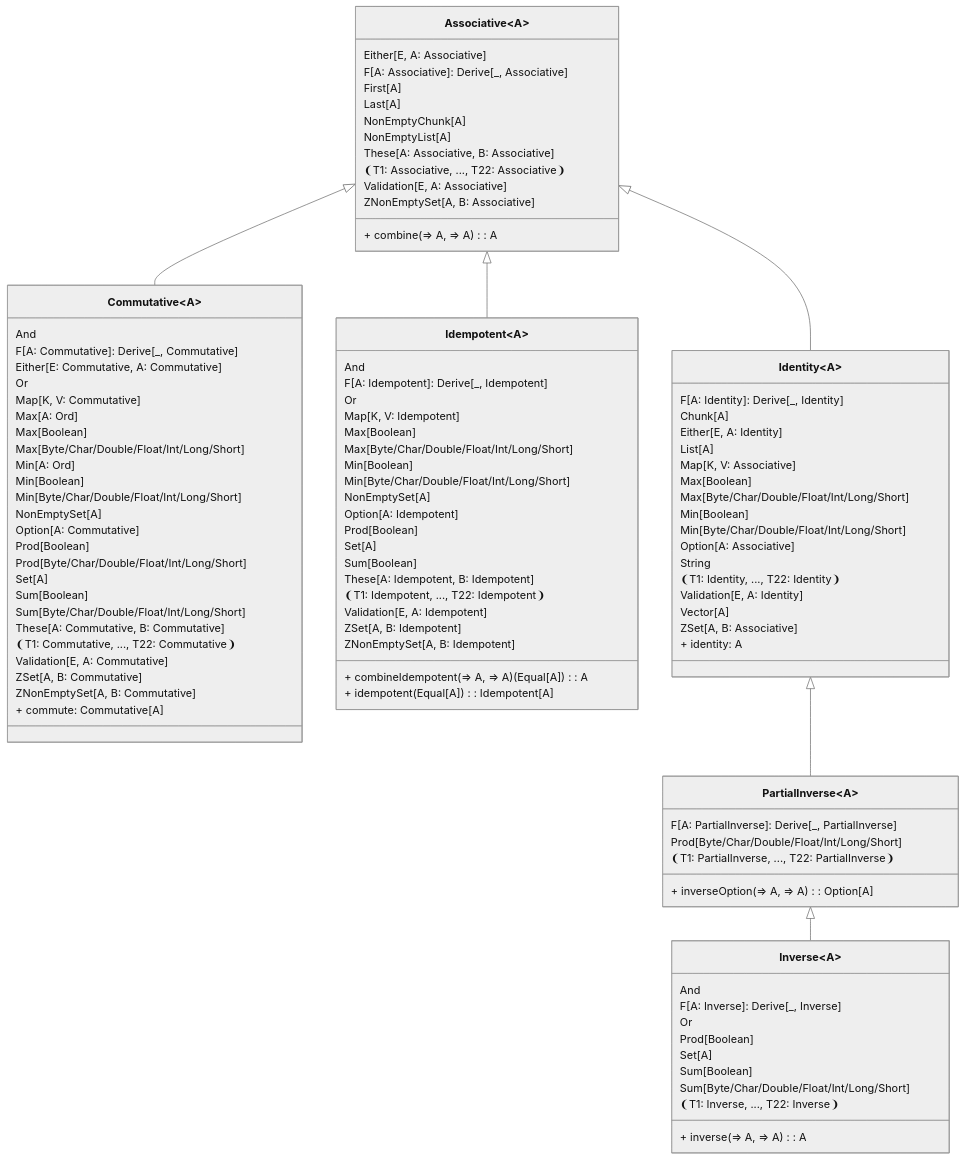
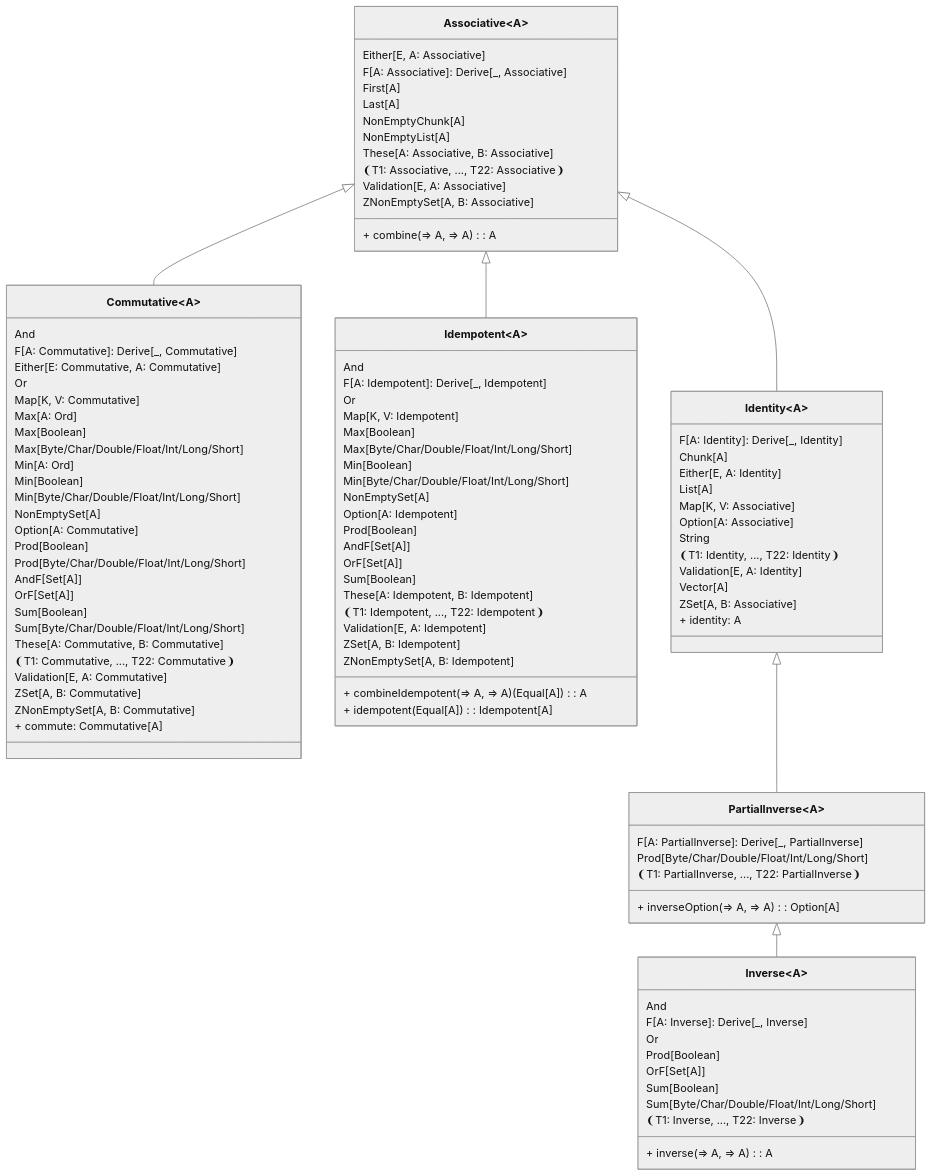
Before and after one commit to zio/zio-prelude: the second of 8 diagrams in docs/functional-abstractions/abstraction-diagrams.md, drawn with Mermaid (neutral theme). The commit also changed other lines of this file and 59 other files, not shown here.

```diff
--- a/docs/functional-abstractions/abstraction-diagrams.md
+++ b/docs/functional-abstractions/abstraction-diagrams.md
@@ -74,7 +76,8 @@
     Option[A: Commutative]
     Prod[Boolean]
     Prod[Byte/Char/Double/Float/Int/Long/Short]
-    Set[A]
+    AndF[Set[A]]
+    OrF[Set[A]]
     Sum[Boolean]
     Sum[Byte/Char/Double/Float/Int/Long/Short]
     These[A: Commutative, B: Commutative]
@@ -97,7 +100,8 @@
     NonEmptySet[A]
     Option[A: Idempotent]
     Prod[Boolean]
-    Set[A]
+    AndF[Set[A]]
+    OrF[Set[A]]
     Sum[Boolean]
     These[A: Idempotent, B: Idempotent]
     ❨T1: Idempotent, ..., T22: Idempotent❩
@@ -114,10 +118,6 @@
     Either[E, A: Identity]
     List[A]
     Map[K, V: Associative]
-    Max[Boolean]
-    Max[Byte/Char/Double/Float/Int/Long/Short]
-    Min[Boolean]
-    Min[Byte/Char/Double/Float/Int/Long/Short]
     Option[A: Associative]
     String
     ❨T1: Identity, ..., T22: Identity❩
@@ -138,7 +138,7 @@
     F[A: Inverse]: Derive[_, Inverse]
     Or
     Prod[Boolean]
-    Set[A]
+    OrF[Set[A]]
     Sum[Boolean]
     Sum[Byte/Char/Double/Float/Int/Long/Short]
     ❨T1: Inverse, ..., T22: Inverse❩
```
